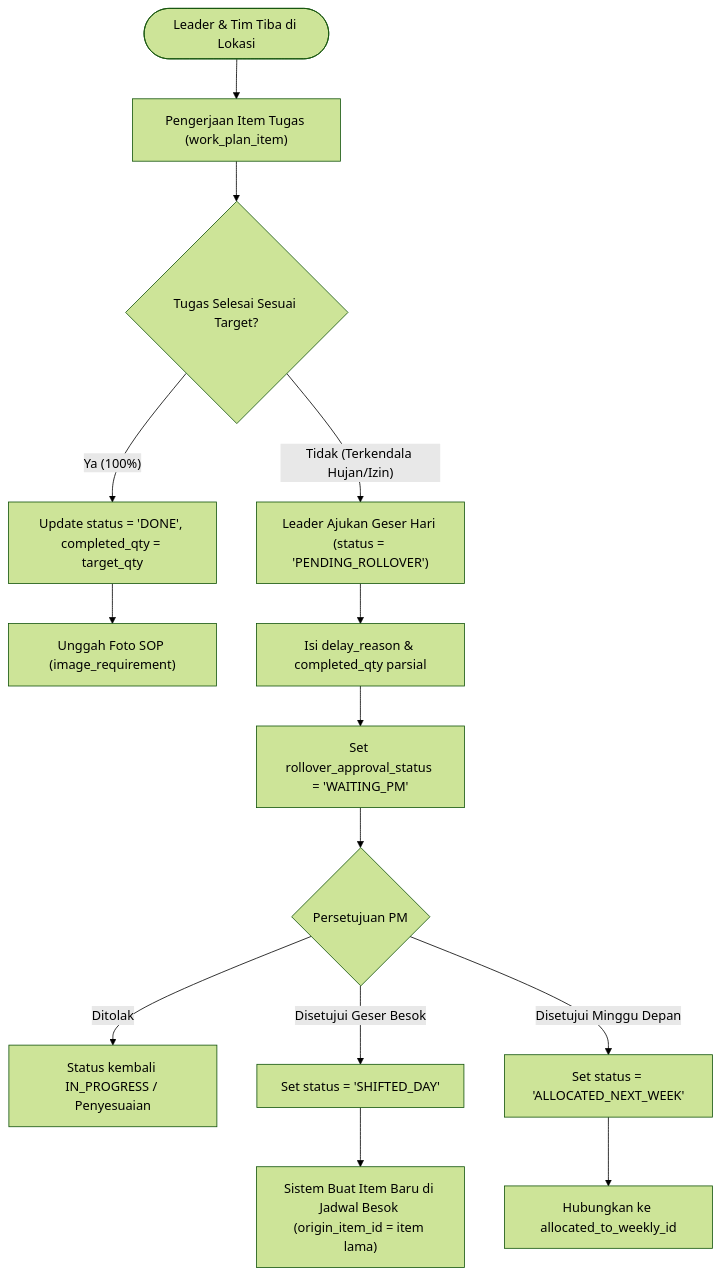
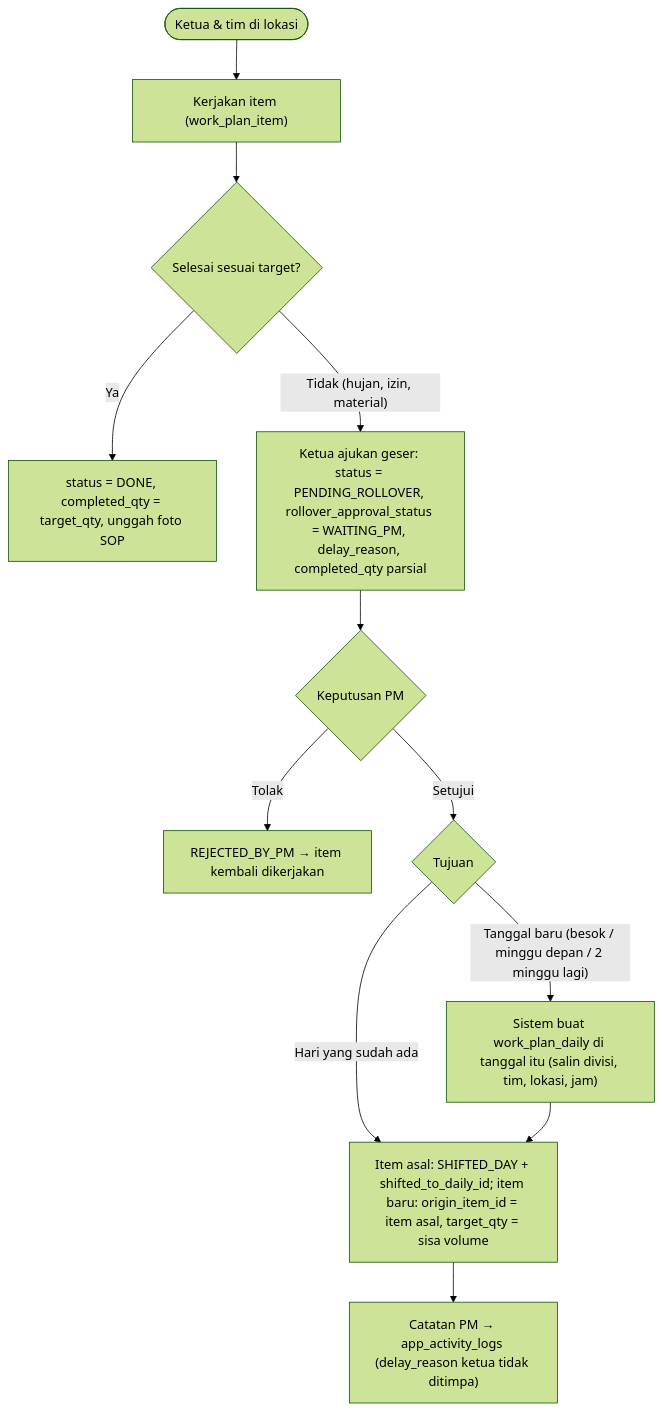
The fourth of 8 diagrams in docs/35-FLOWCHART-DAN-ALUR-BISNIS-V2.md (Visiontech-Indograha/visiontech-management-system), drawn with Mermaid (forest theme) before and after one commit. The commit also changed other lines of this file and 1 other file, not shown here.

First line of the commit message:
docs: alur daily-first subkontraktor, aturan rollover, dan keputusan pemilik 2026-10-20

````diff
--- a/docs/35-FLOWCHART-DAN-ALUR-BISNIS-V2.md
+++ b/docs/35-FLOWCHART-DAN-ALUR-BISNIS-V2.md
@@ -71,20 +84,14 @@
 ```mermaid
 flowchart TD
-    TLStart(["Leader & Tim Tiba di Lokasi"]) --> ExecItem["Pengerjaan Item Tugas (work_plan_item)"]
-    ExecItem --> CheckFinish{"Tugas Selesai Sesuai Target?"}
-    
-    CheckFinish -- "Ya (100%)" --> MarkDone["Update status = 'DONE', completed_qty = target_qty"]
-    MarkDone --> UploadProof["Unggah Foto SOP (image_requirement)"]
-    
-    CheckFinish -- "Tidak (Terkendala Hujan/Izin)" --> RequestRoll["Leader Ajukan Geser Hari (status = 'PENDING_ROLLOVER')"]
-    RequestRoll --> InputReason["Isi delay_reason & completed_qty parsial"]
-    InputReason --> SetWait["Set rollover_approval_status = 'WAITING_PM'"]
-    
-    SetWait --> PMReview{"Persetujuan PM"}
-    PMReview -- "Ditolak" --> PMReject["Status kembali IN_PROGRESS / Penyesuaian"]
-    PMReview -- "Disetujui Geser Besok" --> PMSApproveDay["Set status = 'SHIFTED_DAY'"]
-    PMSApproveDay --> CreateNextDayItem["Sistem Buat Item Baru di Jadwal Besok (origin_item_id = item lama)"]
-    
-    PMReview -- "Disetujui Minggu Depan" --> PMApproveWeek["Set status = 'ALLOCATED_NEXT_WEEK'"]
-    PMApproveWeek --> LinkNextWeek["Hubungkan ke allocated_to_weekly_id"]
+    TLStart(["Ketua & tim di lokasi"]) --> ExecItem["Kerjakan item (work_plan_item)"]
+    ExecItem --> CheckFinish{"Selesai sesuai target?"}
+    CheckFinish -- "Ya" --> MarkDone["status = DONE, completed_qty = target_qty, unggah foto SOP"]
+    CheckFinish -- "Tidak (hujan, izin, material)" --> Request["Ketua ajukan geser: status = PENDING_ROLLOVER, rollover_approval_status = WAITING_PM, delay_reason, completed_qty parsial"]
+    Request --> PMReview{"Keputusan PM"}
+    PMReview -- "Tolak" --> Reject["REJECTED_BY_PM → item kembali dikerjakan"]
+    PMReview -- "Setujui" --> Target{"Tujuan"}
+    Target -- "Hari yang sudah ada" --> Shift
+    Target -- "Tanggal baru (besok / minggu depan / 2 minggu lagi)" --> AutoDay["Sistem buat work_plan_daily di tanggal itu (salin divisi, tim, lokasi, jam)"]
+    AutoDay --> Shift["Item asal: SHIFTED_DAY + shifted_to_daily_id; item baru: origin_item_id = item asal, target_qty = sisa volume"]
+    Shift --> Audit["Catatan PM → app_activity_logs (delay_reason ketua tidak ditimpa)"]
 ```
````
